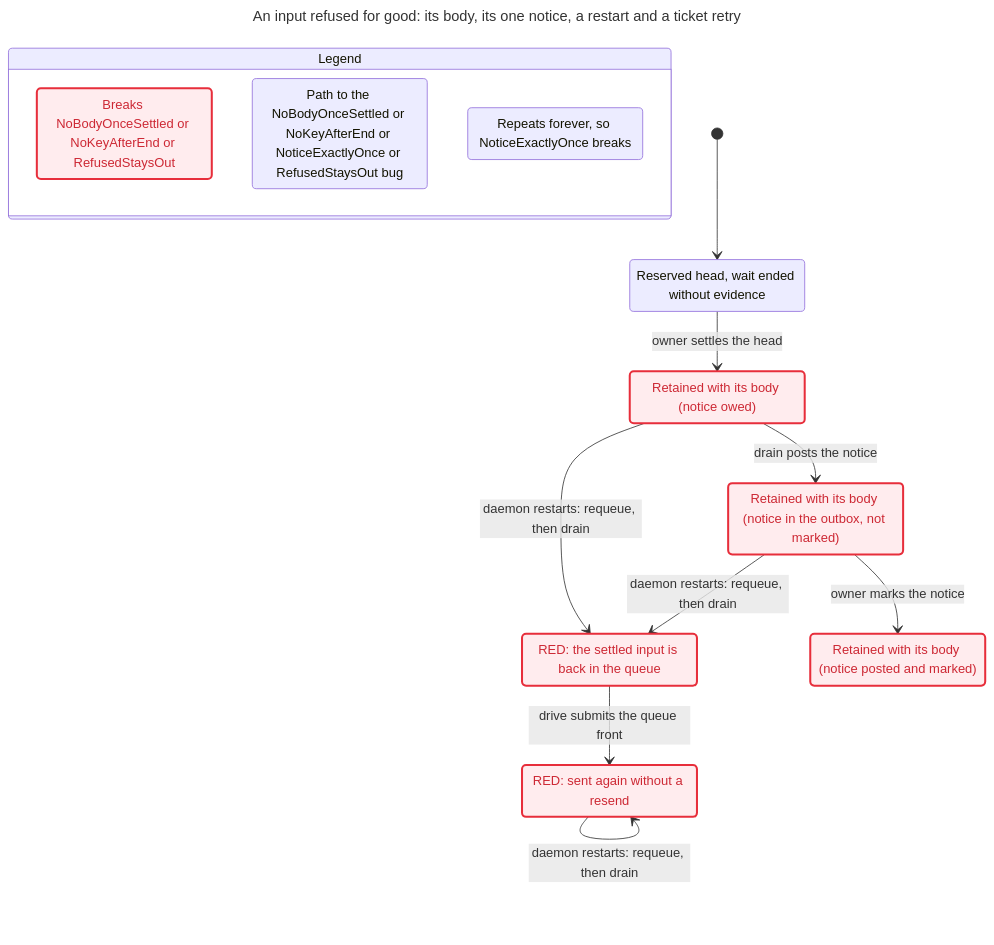
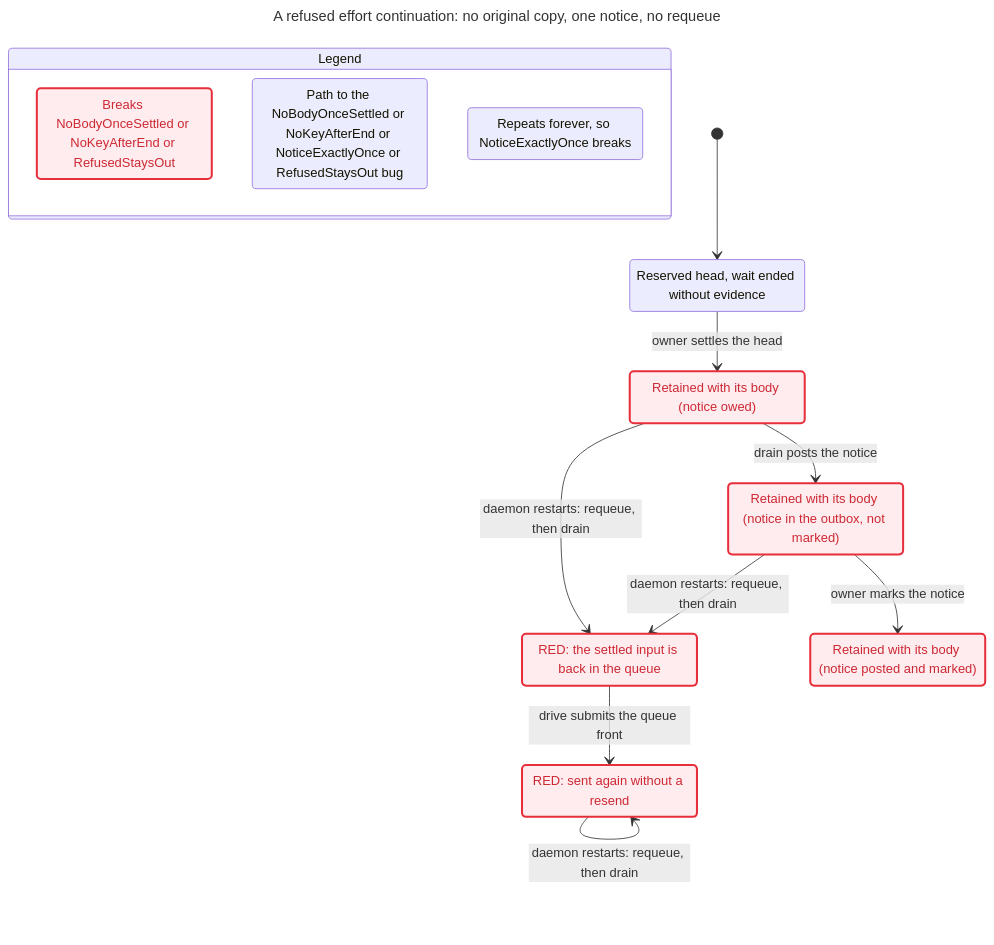
One commit to itismyfield/AgentDesk changed the diagram in docs/statecharts/input-single-path/refused-disposition.before.chart.mmd. Above: the diagram before and after it, drawn with Mermaid. The commit also changed 10 other files, not shown here.

First line of the commit message:
docs: model refused effort continuation copies

```diff
--- a/docs/statecharts/input-single-path/refused-disposition.before.chart.mmd
+++ b/docs/statecharts/input-single-path/refused-disposition.before.chart.mmd
@@ -1,38 +1,37 @@
 ---
-title: "An input refused for good: its body, its one notice, a restart and a ticket retry"
+title: "A refused effort continuation: no original copy, one notice, no requeue"
 ---
 stateDiagram-v2
   state "Legend" as legend {
     lg0: Breaks NoBodyOnceSettled or NoKeyAfterEnd or RefusedStaysOut
     lg1: Path to the NoBodyOnceSettled or NoKeyAfterEnd or NoticeExactlyOnce or RefusedStaysOut bug
     lg2: Repeats forever, so NoticeExactlyOnce breaks
   }
   class lg0 breaks
   class lg1 bugPath
   class lg2 repeats
   s0: Reserved head, wait ended without evidence
   s1: Retained with its body (notice owed)
   s2: RED: the settled input is back in the queue
   s3: Retained with its body (notice in the outbox, not marked)
   s4: RED: sent again without a resend
   s5: Retained with its body (notice posted and marked)
   [*] --> s0
   s0 --> s1: owner settles the head
   s1 --> s2: daemon restarts: requeue, then drain
   s1 --> s3: drain posts the notice
   s2 --> s4: drive submits the queue front
   s3 --> s2: daemon restarts: requeue, then drain
   s3 --> s5: owner marks the notice
   s4 --> s4: daemon restarts: requeue, then drain
   classDef breaks fill:#ffecee,stroke:#e72e3b,stroke-width:2.5px,color:#cd2834
   class s0 bugPath
   class s1 breaks
   class s1 bugPath
   class s2 breaks
   class s2 bugPath
   class s3 breaks
-  class s3 bugPath
   class s4 breaks
   class s4 bugPath
   class s4 repeats
   class s5 breaks
```
